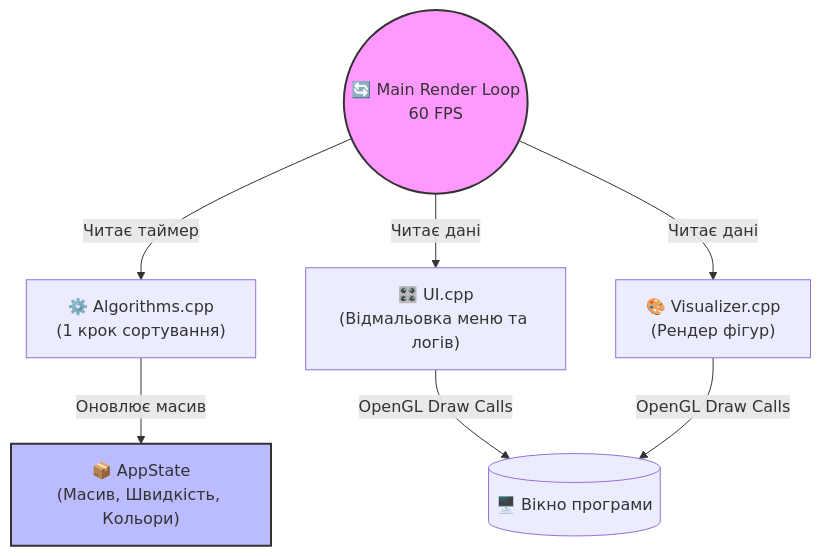
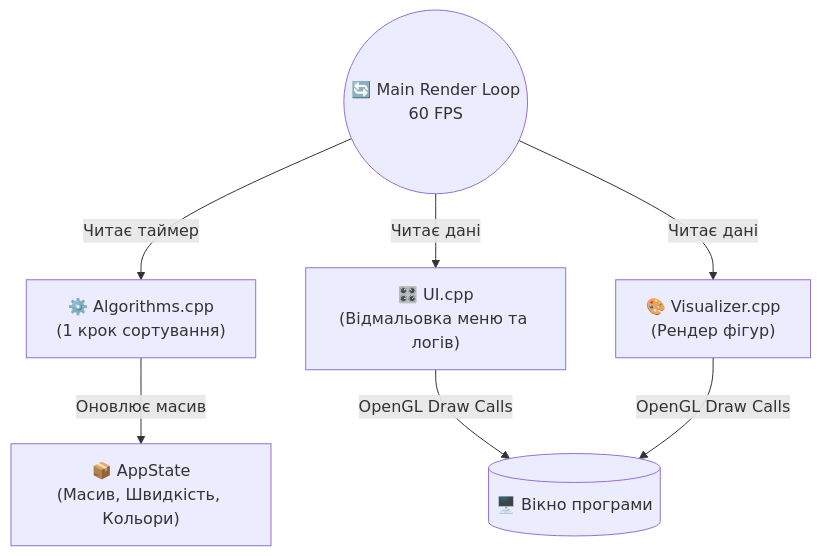
One commit to DanyloLyk/NeoSort-Visualizer changed the diagram in README.md. Above: the diagram before and after it, drawn with Mermaid.

````diff
--- a/README.md
+++ b/README.md
@@ -66,22 +66,18 @@
 ```mermaid
 graph TD
     %% Вузли
     Loop((🔄 Main Render Loop<br>60 FPS))
     State["📦 AppState<br>(Масив, Швидкість, Кольори)"]
     Algo["⚙️ Algorithms.cpp<br>(1 крок сортування)"]
     UI["🎛️ UI.cpp<br>(Відмальовка меню та логів)"]
     Vis["🎨 Visualizer.cpp<br>(Рендер фігур)"]
     Display[(🖥️ Вікно програми)]
 
-    %% Стилі
-    style Loop fill:#f9f,stroke:#333,stroke-width:2px
-    style State fill:#bbf,stroke:#333,stroke-width:2px
-
     %% Зв'язки
     Loop -- "Читає таймер" --> Algo
     Algo -- "Оновлює масив" --> State
     Loop -- "Читає дані" --> UI
     Loop -- "Читає дані" --> Vis
     UI -- "OpenGL Draw Calls" --> Display
     Vis -- "OpenGL Draw Calls" --> Display 
 ```
````
